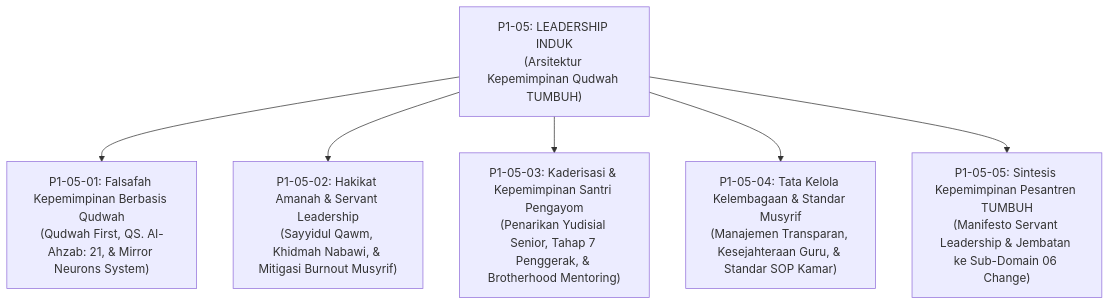
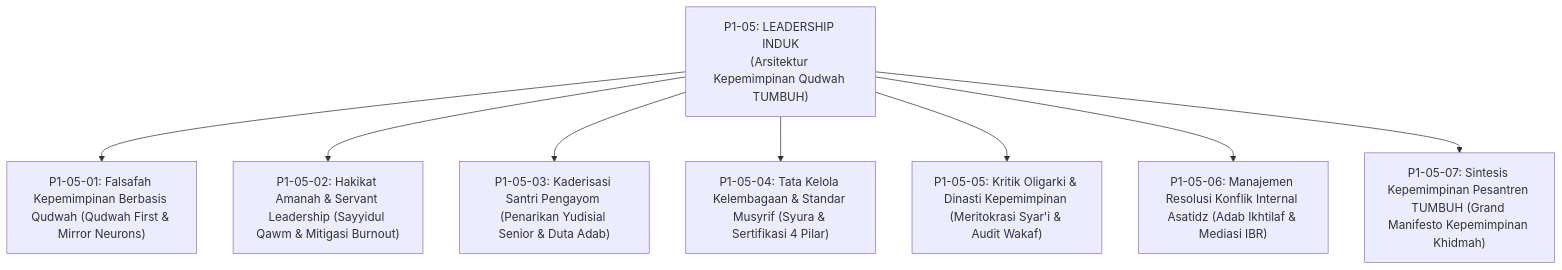
The second of 3 diagrams in 01 Philosophy/05 Leadership/P1-05-Leadership-TUMBUH.md (wandiapriliyandi/tumbuh), drawn with Mermaid before and after one commit. The commit also changed other lines of this file and 15 other files, not shown here.

````diff
--- a/01 Philosophy/05 Leadership/P1-05-Leadership-TUMBUH.md
+++ b/01 Philosophy/05 Leadership/P1-05-Leadership-TUMBUH.md
@@ -70,10 +70,12 @@
 ```mermaid
 graph TD
     Master["P1-05: LEADERSHIP INDUK<br/>(Arsitektur Kepemimpinan Qudwah TUMBUH)"]
     
-    Master --> M1["P1-05-01: Falsafah Kepemimpinan Berbasis Qudwah<br/>(Qudwah First, QS. Al-Ahzab: 21, & Mirror Neurons System)"]
-    Master --> M2["P1-05-02: Hakikat Amanah & Servant Leadership<br/>(Sayyidul Qawm, Khidmah Nabawi, & Mitigasi Burnout Musyrif)"]
-    Master --> M3["P1-05-03: Kaderisasi & Kepemimpinan Santri Pengayom<br/>(Penarikan Yudisial Senior, Tahap 7 Penggerak, & Brotherhood Mentoring)"]
-    Master --> M4["P1-05-04: Tata Kelola Kelembagaan & Standar Musyrif<br/>(Manajemen Transparan, Kesejahteraan Guru, & Standar SOP Kamar)"]
-    Master --> M5["P1-05-05: Sintesis Kepemimpinan Pesantren TUMBUH<br/>(Manifesto Servant Leadership & Jembatan ke Sub-Domain 06 Change)"]
+    Master --> M1["P1-05-01: Falsafah Kepemimpinan Berbasis Qudwah (Qudwah First & Mirror Neurons)"]
+    Master --> M2["P1-05-02: Hakikat Amanah & Servant Leadership (Sayyidul Qawm & Mitigasi Burnout)"]
+    Master --> M3["P1-05-03: Kaderisasi Santri Pengayom (Penarikan Yudisial Senior & Duta Adab)"]
+    Master --> M4["P1-05-04: Tata Kelola Kelembagaan & Standar Musyrif (Syura & Sertifikasi 4 Pilar)"]
+    Master --> M5["P1-05-05: Kritik Oligarki & Dinasti Kepemimpinan (Meritokrasi Syar'i & Audit Wakaf)"]
+    Master --> M6["P1-05-06: Manajemen Resolusi Konflik Internal Asatidz (Adab Ikhtilaf & Mediasi IBR)"]
+    Master --> M7["P1-05-07: Sintesis Kepemimpinan Pesantren TUMBUH (Grand Manifesto Kepemimpinan Khidmah)"]
 ```
````
